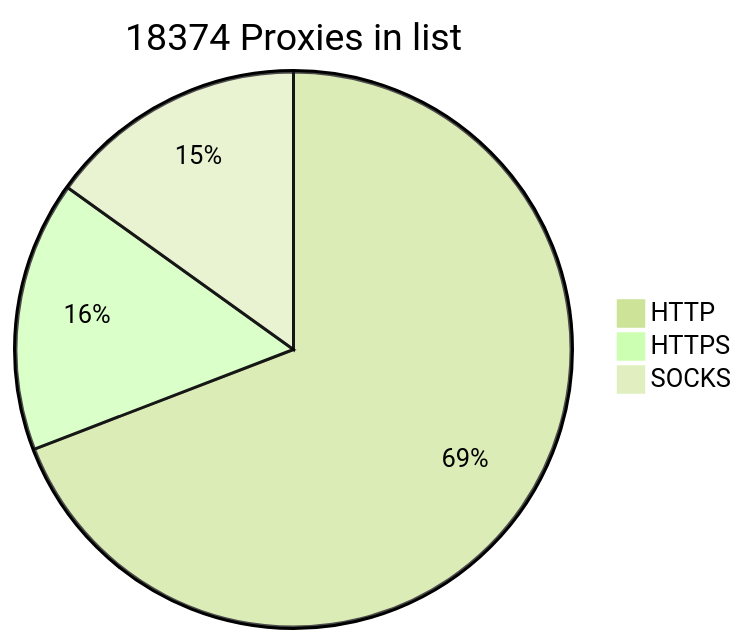
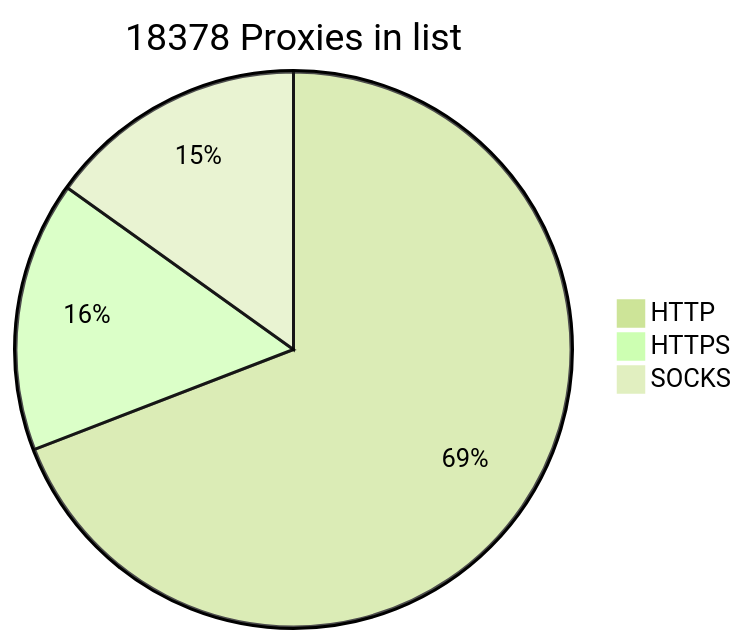
Before and after one commit to BlackSnowDot/proxylist-update-every-minute: the diagram in README.md, drawn with Mermaid (forest theme).

````diff
--- a/README.md
+++ b/README.md
@@ -2,6 +2,6 @@
 ```mermaid
-pie title 18374 Proxies in list
+pie title 18378 Proxies in list
     "HTTP" : 13704
     "HTTPS": 3120
-    "SOCKS" : 2992
+    "SOCKS" : 2996
 ```
````
